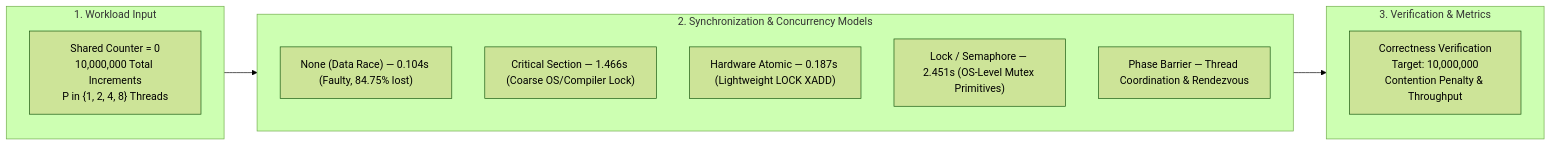
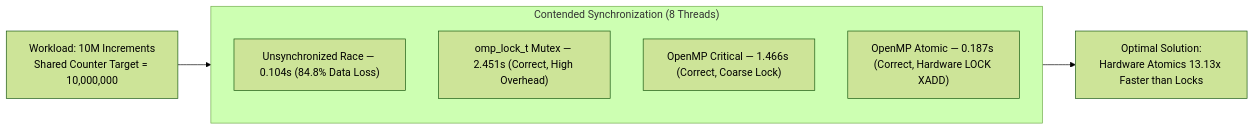
One commit to Janaki1711/PGC_Lab changed the diagram in Lab_Experiment_3/README.md. Above: the diagram before and after it, drawn with Mermaid (forest theme). The commit also changed other lines of this file and 26 other files, not shown here.

Commit message:
Refine benchmark charts with compact sizing and muted palette; streamline documentation to be concise and to the point

````diff
--- a/Lab_Experiment_3/README.md
+++ b/Lab_Experiment_3/README.md
@@ -14,21 +14,12 @@
 ```mermaid
 flowchart LR
-    subgraph Input ["1. Workload Input"]
-        IN["Shared Counter = 0<br/>10,000,000 Total Increments<br/>P in {1, 2, 4, 8} Threads"]
+    Input["Workload: 10M Increments<br/>Shared Counter Target = 10,000,000"] --> Benchmark
+    subgraph Benchmark ["Contended Synchronization (8 Threads)"]
+        direction TB
+        M1["Unsynchronized Race — 0.104s (84.8% Data Loss)"]
+        M2["omp_lock_t Mutex — 2.451s (Correct, High Overhead)"]
+        M3["OpenMP Critical — 1.466s (Correct, Coarse Lock)"]
+        M4["OpenMP Atomic — 0.187s (Correct, Hardware LOCK XADD)"]
     end
-
-    subgraph Primitives ["2. Synchronization & Concurrency Models"]
-        direction TB
-        M1["None (Data Race) — 0.104s (Faulty, 84.75% lost)"]
-        M2["Critical Section — 1.466s (Coarse OS/Compiler Lock)"]
-        M3["Hardware Atomic — 0.187s (Lightweight LOCK XADD)"]
-        M4["Lock / Semaphore — 2.451s (OS-Level Mutex Primitives)"]
-        M5["Phase Barrier — Thread Coordination & Rendezvous"]
-    end
-
-    subgraph Output ["3. Verification & Metrics"]
-        OUT["Correctness Verification<br/>Target: 10,000,000<br/>Contention Penalty & Throughput"]
-    end
-
-    Input --> Primitives --> Output
+    Benchmark --> Output["Optimal Solution:<br/>Hardware Atomics 13.13x Faster than Locks"]
 ```
````
